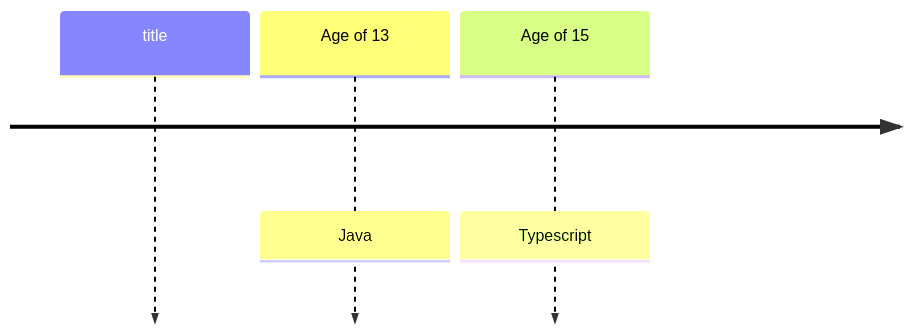
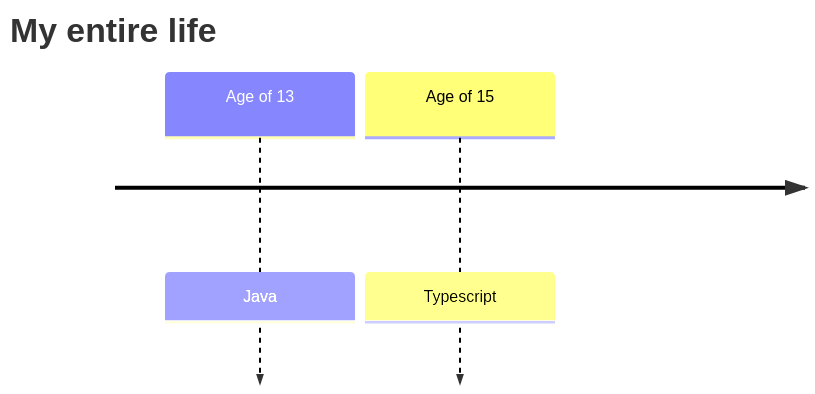
Before and after one commit to Sandro642/Sandro642: the diagram in README.md, drawn with Mermaid.

````diff
--- a/README.md
+++ b/README.md
@@ -3,6 +3,6 @@
 ```mermaid
 timeline
-title 
+title My entire life
 Age of 13 : Java
 Age of 15 : Typescript
 ```
````
